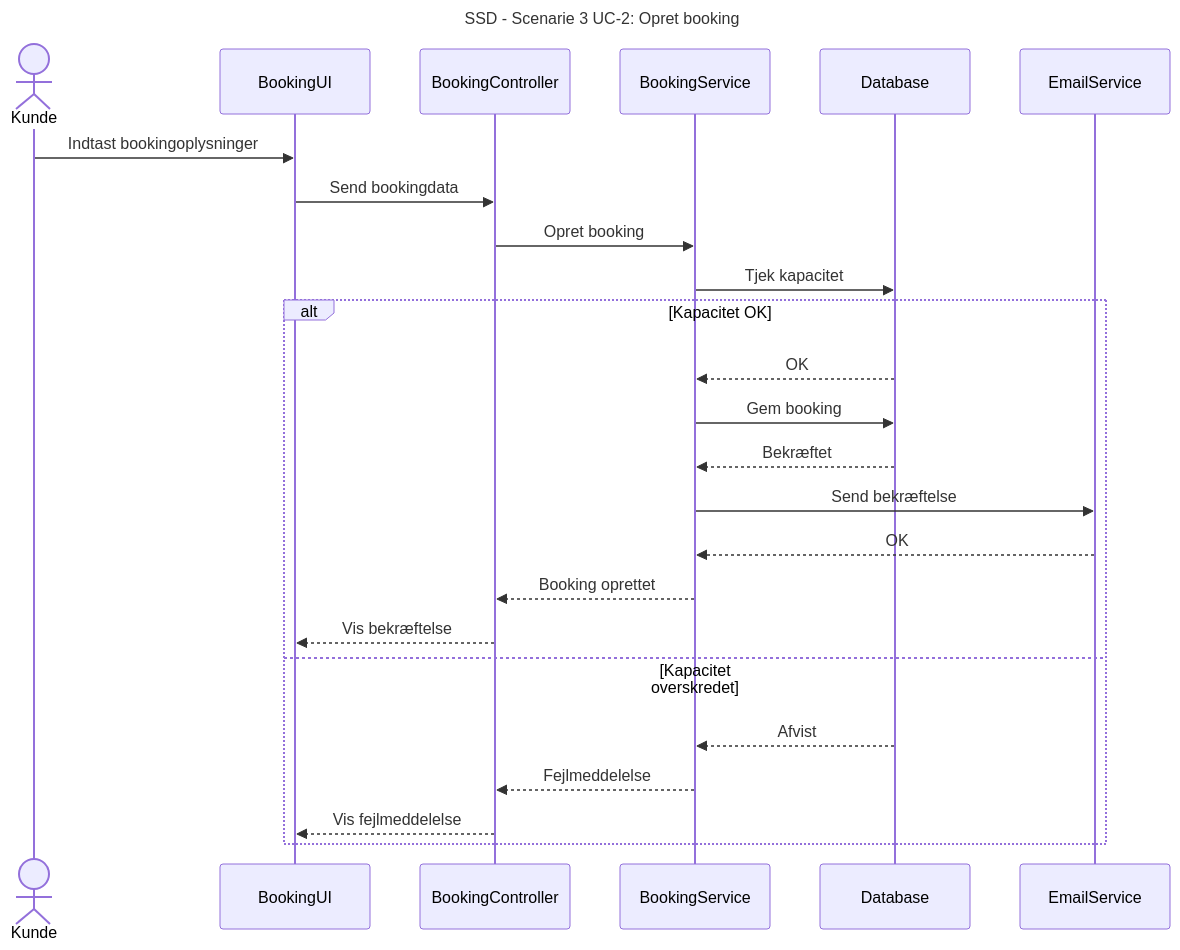
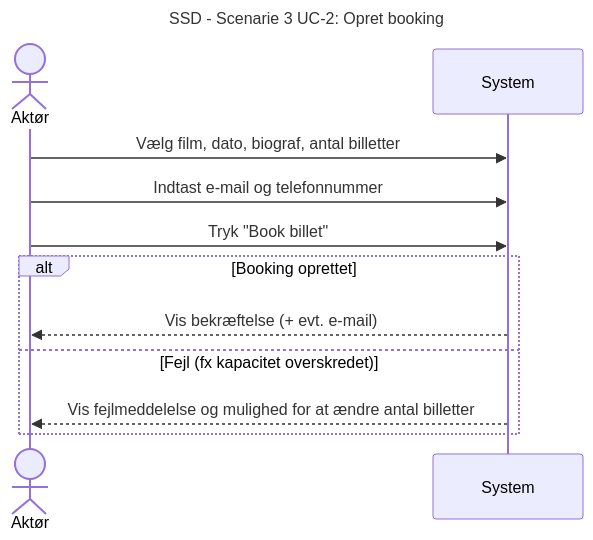
One commit to DMOoF25/TheMovie changed the diagram in docs/Scenarie 3 UC2/SSD S3 UC2.mmd. Above: the diagram before and after it, drawn with Mermaid.

Commit message:
Update SSD S3 UC2.mmd

```diff
--- a/docs/Scenarie 3 UC2/SSD S3 UC2.mmd
+++ b/docs/Scenarie 3 UC2/SSD S3 UC2.mmd
@@ -1,26 +1,13 @@
 sequenceDiagram 
     title SSD - Scenarie 3 UC-2: Opret booking
-    actor Kunde
-    participant BookingUI
-    participant BookingController
-    participant BookingService
-    participant Database
-    participant EmailService
+   actor Aktør
+    participant System
 
-    Kunde->>BookingUI: Indtast bookingoplysninger
-    BookingUI->>BookingController: Send bookingdata
-    BookingController->>BookingService: Opret booking
-    BookingService->>Database: Tjek kapacitet
-    alt Kapacitet OK
-        Database-->>BookingService: OK
-        BookingService->>Database: Gem booking
-        Database-->>BookingService: Bekræftet
-        BookingService->>EmailService: Send bekræftelse
-        EmailService-->>BookingService: OK
-        BookingService-->>BookingController: Booking oprettet
-        BookingController-->>BookingUI: Vis bekræftelse
-    else Kapacitet overskredet
-        Database-->>BookingService: Afvist
-        BookingService-->>BookingController: Fejlmeddelelse
-        BookingController-->>BookingUI: Vis fejlmeddelelse
+    Aktør->>System: Vælg film, dato, biograf, antal billetter
+    Aktør->>System: Indtast e-mail og telefonnummer
+    Aktør->>System: Tryk "Book billet"
+    alt Booking oprettet
+        System-->>Aktør: Vis bekræftelse (+ evt. e-mail)
+    else Fejl (fx kapacitet overskredet)
+        System-->>Aktør: Vis fejlmeddelelse og mulighed for at ændre antal billetter
     end
```
